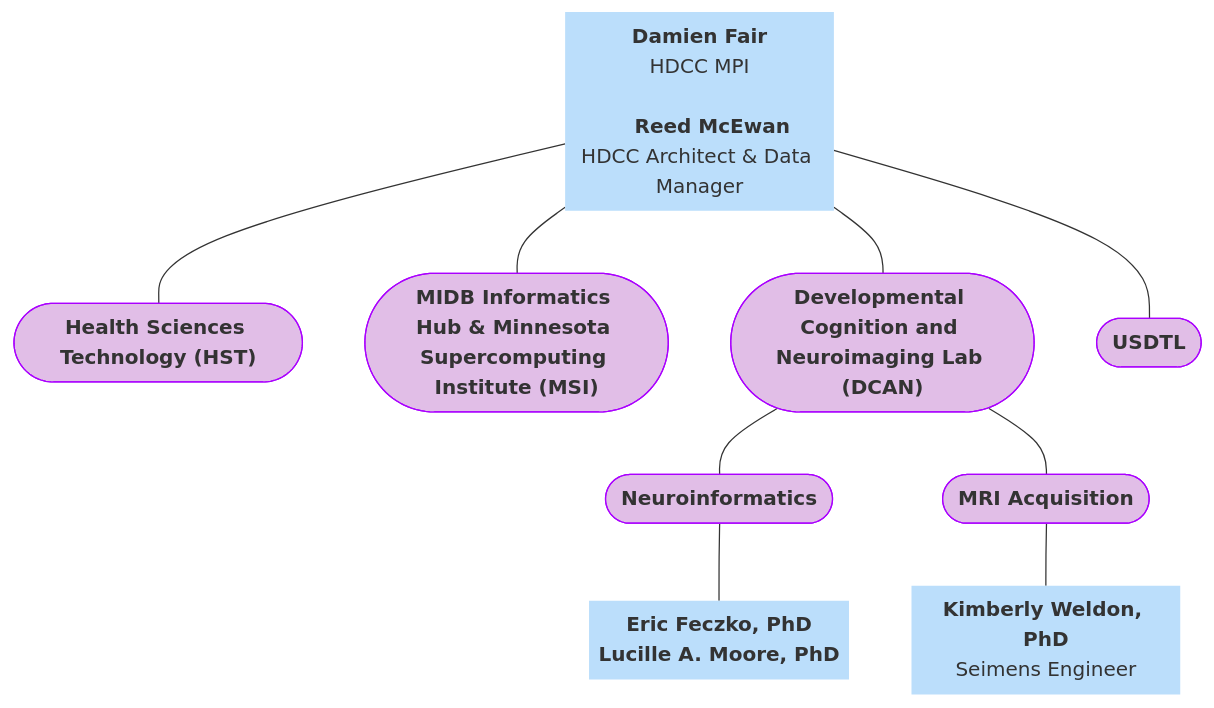
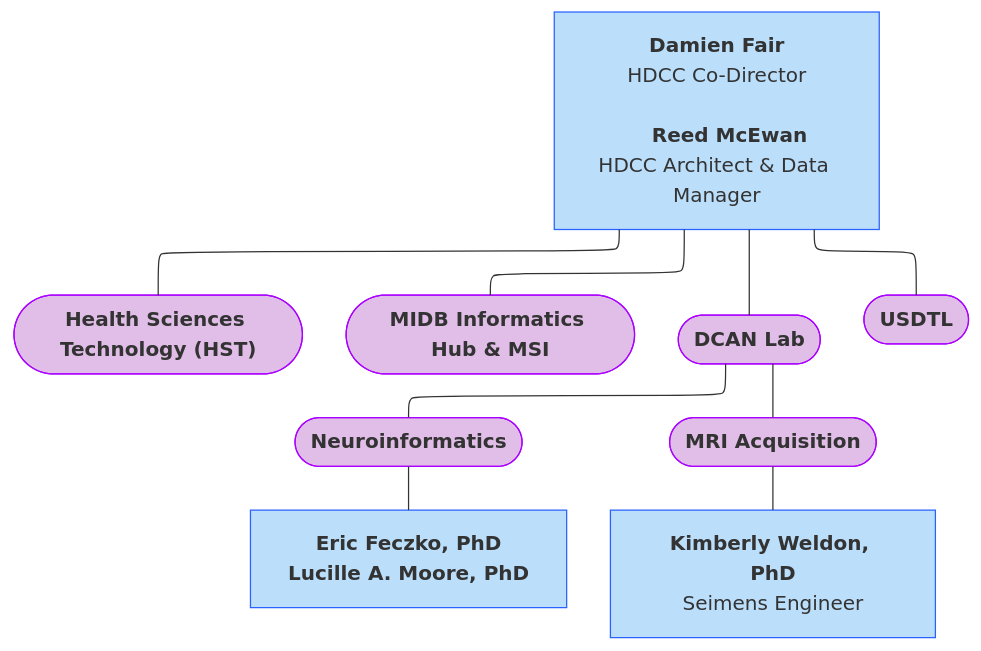
One commit to DCAN-Labs/hbcd-docs-internal changed the fifth of 10 diagrams in docs/orgcharts.md. Above: the diagram before and after it, drawn with Mermaid. The commit also changed other lines of this file and 2 other files, not shown here.

Commit message:
SWITCH TO ELK

````diff
--- a/docs/orgcharts.md
+++ b/docs/orgcharts.md
@@ -413,26 +368,25 @@
 ```mermaid
 ---
 config:
-  layout: dagre
+  layout: elk
 ---
 flowchart TB
-    A1["<b>Damien Fair</b><br>HDCC MPI<br>
-    <b>Reed McEwan</b><br>HDCC Architect &amp; Data Manager"] --- HST(["<b>Health Sciences Technology (HST)</b><br>"]) & MIDB(["<b>MIDB Informatics Hub &amp; Minnesota Supercomputing Institute (MSI)</b><br>"]) & DCAN(["<b>Developmental Cognition and Neuroimaging Lab (DCAN)</b>"]) & USDTL(["<b>USDTL</b>"])
+    A1["<b>Damien Fair</b><br>HDCC Co-Director<br>
+    <b>Reed McEwan</b><br>HDCC Architect &amp; Data Manager"] --- HST(["<b>Health Sciences Technology (HST)</b><br>"]) & MIDB(["<b>MIDB Informatics Hub &amp; MSI</b><br>"]) & DCAN(["<b>DCAN Lab</b>"]) & USDTL(["<b>USDTL</b>"])
     DCAN --- n1(["<b>Neuroinformatics</b>"]) & n2(["<b>MRI Acquisition</b>"])
-    n1 --- n3["<b>Eric Feczko, PhD</b><br></b><b>Lucille A. Moore, PhD</b>"]
+    n1 --- n3["<b>Eric Feczko, PhD</b><br><b>Lucille A. Moore, PhD</b>"]
     n2 --- n4["<b>Kimberly Weldon, PhD</b><br>Seimens Engineer"]
-    A1@{ shape: text}
-    n3@{ shape: text}
-    n4@{ shape: text}
-    style A1 fill:#BBDEFB
+    style A1 fill:#BBDEFB,stroke:#2962FF
     style HST fill:#E1BEE7,stroke:#AA00FF
     style MIDB fill:#E1BEE7,stroke:#AA00FF
     style DCAN fill:#E1BEE7,stroke:#AA00FF
     style USDTL fill:#E1BEE7,stroke:#AA00FF
     style n1 fill:#E1BEE7,stroke:#AA00FF
     style n2 fill:#E1BEE7,stroke:#AA00FF
-    style n3 fill:#BBDEFB
-    style n4 fill:#BBDEFB
+    style n3 fill:#BBDEFB,stroke:#2962FF
+    style n4 fill:#BBDEFB,stroke:#2962FF
     click HST "#health-sciences-technology-hst"
     click MIDB "#masonic-institute-for-the-developing-brain-midb-informatics-hub"
+    click DCAN "https://innovation.umn.edu/developmental-cognition-and-neuroimaging-lab"
+    click USDTL "https://www.usdtl.com/"
 ```
````
